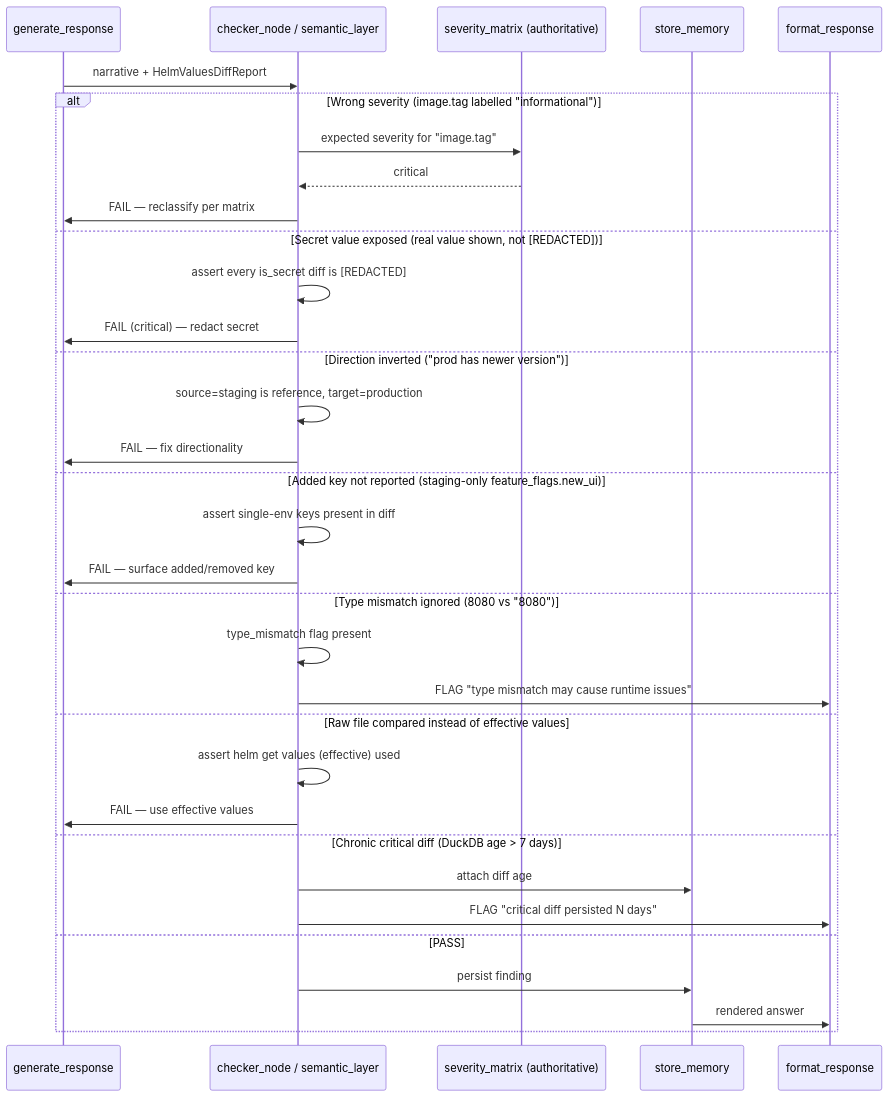
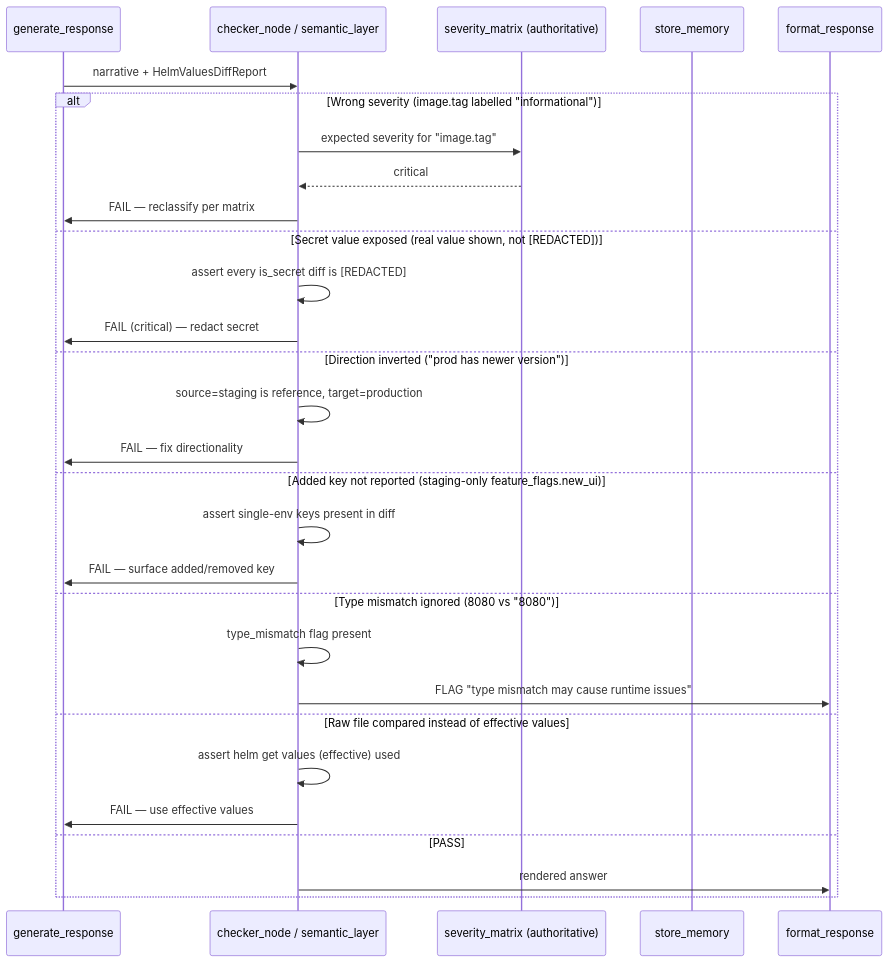
The third of 3 diagrams in docs/use-cases/100-diff-helm-values.md (hexa-tools/hexawyn), drawn with Mermaid before and after one commit. The commit also changed other lines of this file and 53 other files, not shown here.

Commit message:
chore: refactor diagram

````diff
--- a/docs/use-cases/100-diff-helm-values.md
+++ b/docs/use-cases/100-diff-helm-values.md
@@ -95,36 +95,32 @@
 ```mermaid
 sequenceDiagram
     participant Gen as generate_response
     participant Checker as checker_node / semantic_layer
     participant Matrix as severity_matrix (authoritative)
     participant Store as store_memory
     participant Format as format_response
 
     Gen->>Checker: narrative + HelmValuesDiffReport
     alt Wrong severity (image.tag labelled "informational")
         Checker->>Matrix: expected severity for "image.tag"
         Matrix-->>Checker: critical
         Checker->>Gen: FAIL — reclassify per matrix
     else Secret value exposed (real value shown, not [REDACTED])
         Checker->>Checker: assert every is_secret diff is [REDACTED]
         Checker->>Gen: FAIL (critical) — redact secret
     else Direction inverted ("prod has newer version")
         Checker->>Checker: source=staging is reference, target=production
         Checker->>Gen: FAIL — fix directionality
     else Added key not reported (staging-only feature_flags.new_ui)
         Checker->>Checker: assert single-env keys present in diff
         Checker->>Gen: FAIL — surface added/removed key
     else Type mismatch ignored (8080 vs "8080")
         Checker->>Checker: type_mismatch flag present
         Checker->>Format: FLAG "type mismatch may cause runtime issues"
     else Raw file compared instead of effective values
         Checker->>Checker: assert helm get values (effective) used
         Checker->>Gen: FAIL — use effective values
-    else Chronic critical diff (DuckDB age > 7 days)
-        Checker->>Store: attach diff age
-        Checker->>Format: FLAG "critical diff persisted N days"
     else PASS
-        Checker->>Store: persist finding
-        Store->>Format: rendered answer
+        Checker->>Format: rendered answer
     end
 ```
````
